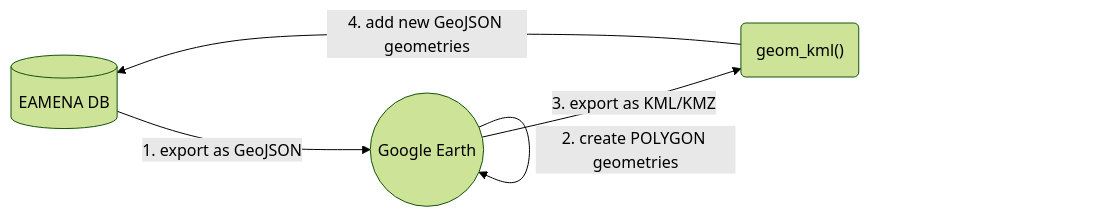
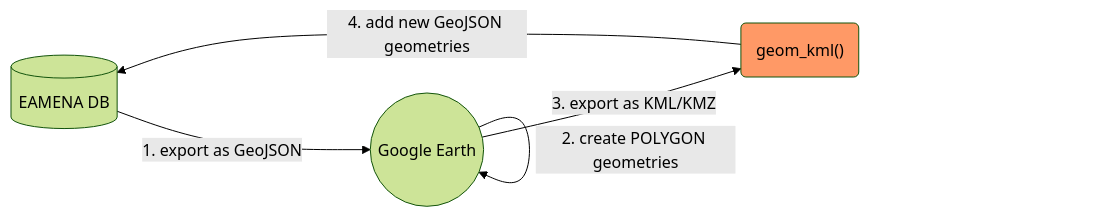
The diagram in data/bulk/temp.md (eamena-project/eamena-arches-dev), drawn with Mermaid (forest theme) before and after one commit.

Commit message:
GeoJSON + KML

````diff
--- a/data/bulk/temp.md
+++ b/data/bulk/temp.md
@@ -5,7 +5,8 @@
 ```mermaid
 flowchart LR
     A[(EAMENA DB)] --1. export as GeoJSON--> B[GeoJSON file];
     B((Google Earth)) --2. create POLYGON geometries--> B;
-    B --3. export as KML/KMZ--> C("geom_kml()");
+    B --3. export as KML/KMZ--> C("geom_kml()"):::eamenaRfunction;
     C --4. add new GeoJSON geometries--> A;
+    classDef eamenaRfunction fill:#f96;
 ```
````
